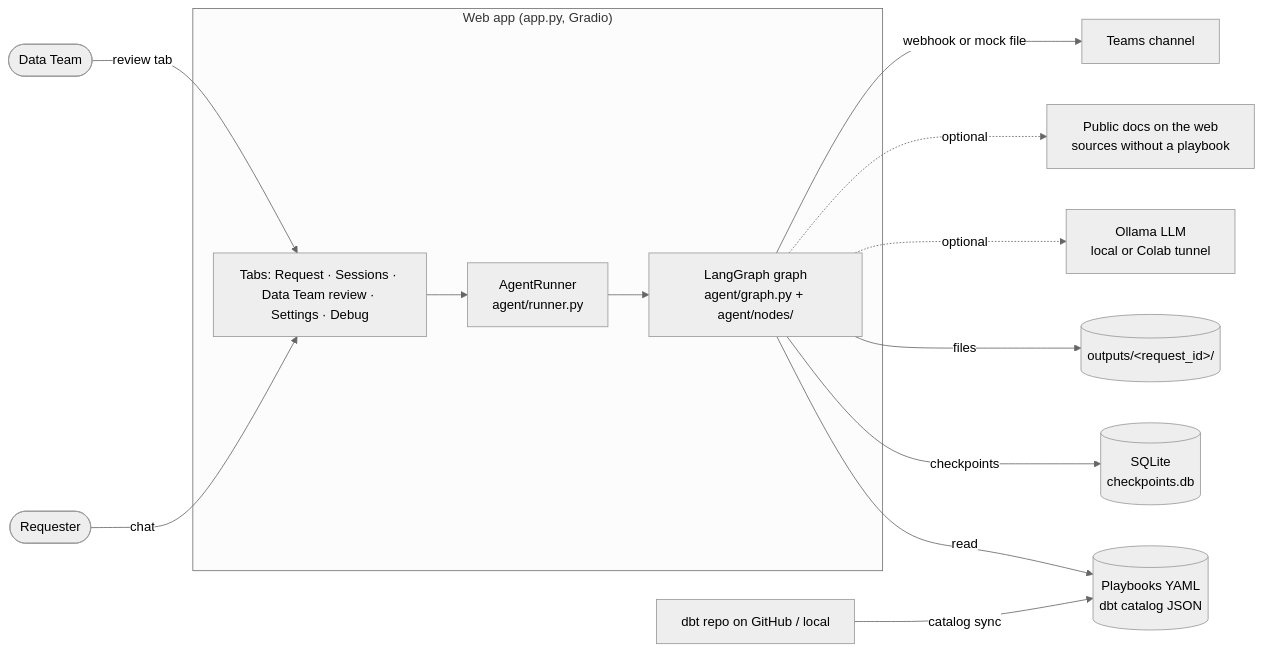
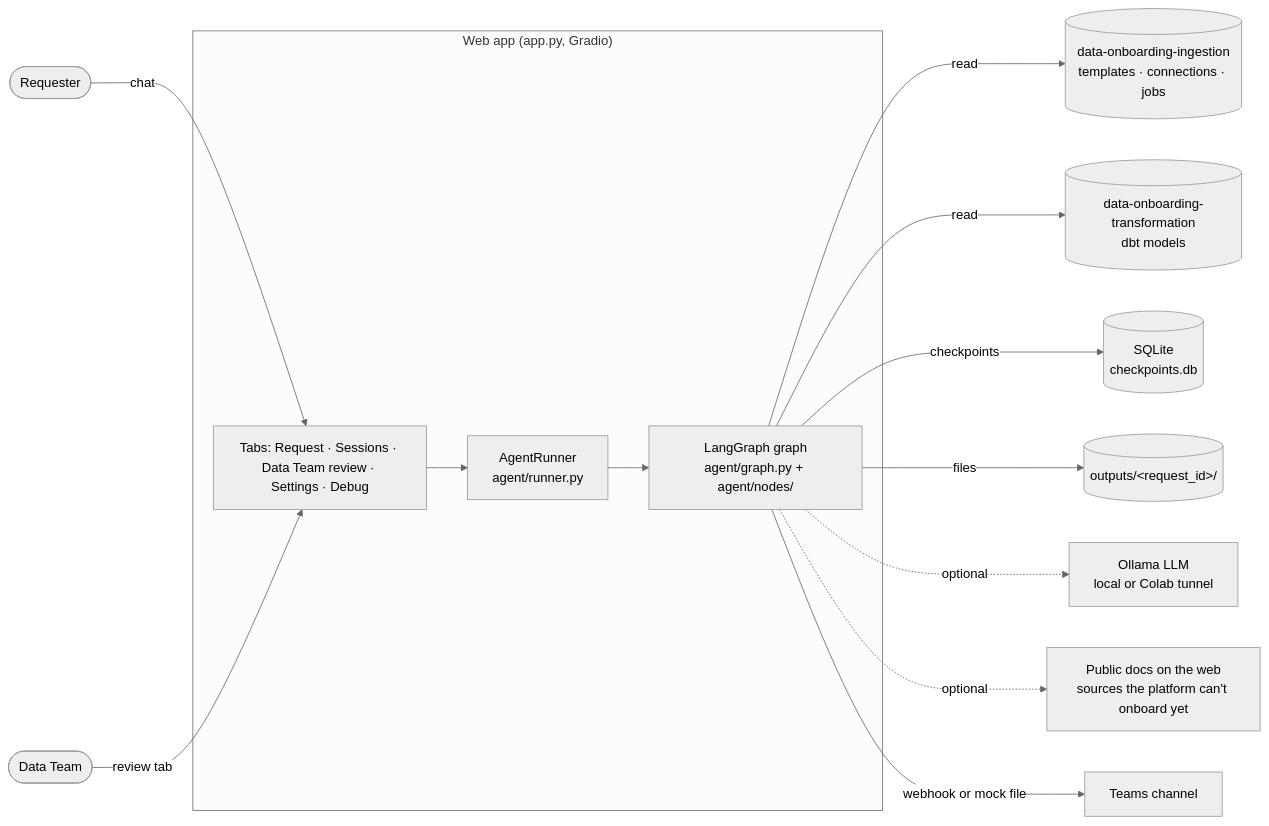
Before and after one commit to thanhphat2609/data-onboarding-agent: the first of 2 diagrams in docs/ARCHITECTURE.md, drawn with Mermaid (neutral theme). The commit also changed other lines of this file and 48 other files, not shown here.

First line of the commit message:
Read the ingestion and transformation repos instead of demo data

````diff
--- a/docs/ARCHITECTURE.md
+++ b/docs/ARCHITECTURE.md
@@ -7,18 +7,18 @@
 ```mermaid
 flowchart LR
     R([Requester]) -- chat --> UI
     DT([Data Team]) -- review tab --> UI
     subgraph App["Web app (app.py, Gradio)"]
         UI[Tabs: Request · Sessions · Data Team review · Settings · Debug]
         RUN[AgentRunner<br/>agent/runner.py]
         G[LangGraph graph<br/>agent/graph.py + agent/nodes/]
         UI --> RUN --> G
     end
-    G -- read --> K[(Playbooks YAML<br/>dbt catalog JSON)]
+    G -- read --> ING[(data-onboarding-ingestion<br/>templates · connections · jobs)]
+    G -- read --> TRF[(data-onboarding-transformation<br/>dbt models)]
     G -- checkpoints --> DB[(SQLite<br/>checkpoints.db)]
     G -- files --> OUT[(outputs/&lt;request_id&gt;/)]
     G -. optional .-> LLM[Ollama LLM<br/>local or Colab tunnel]
-    G -. optional .-> WEB[Public docs on the web<br/>sources without a playbook]
+    G -. optional .-> WEB[Public docs on the web<br/>sources the platform can't onboard yet]
     G -- webhook or mock file --> T[Teams channel]
-    DBT[dbt repo on GitHub / local] -- catalog sync --> K
 ```
````
